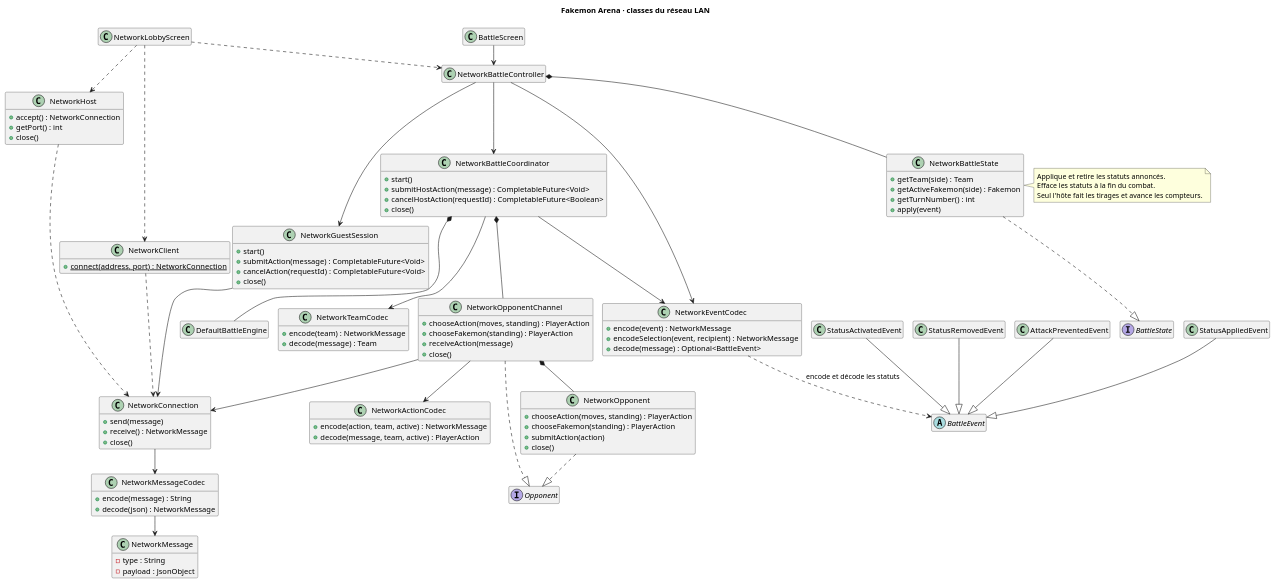
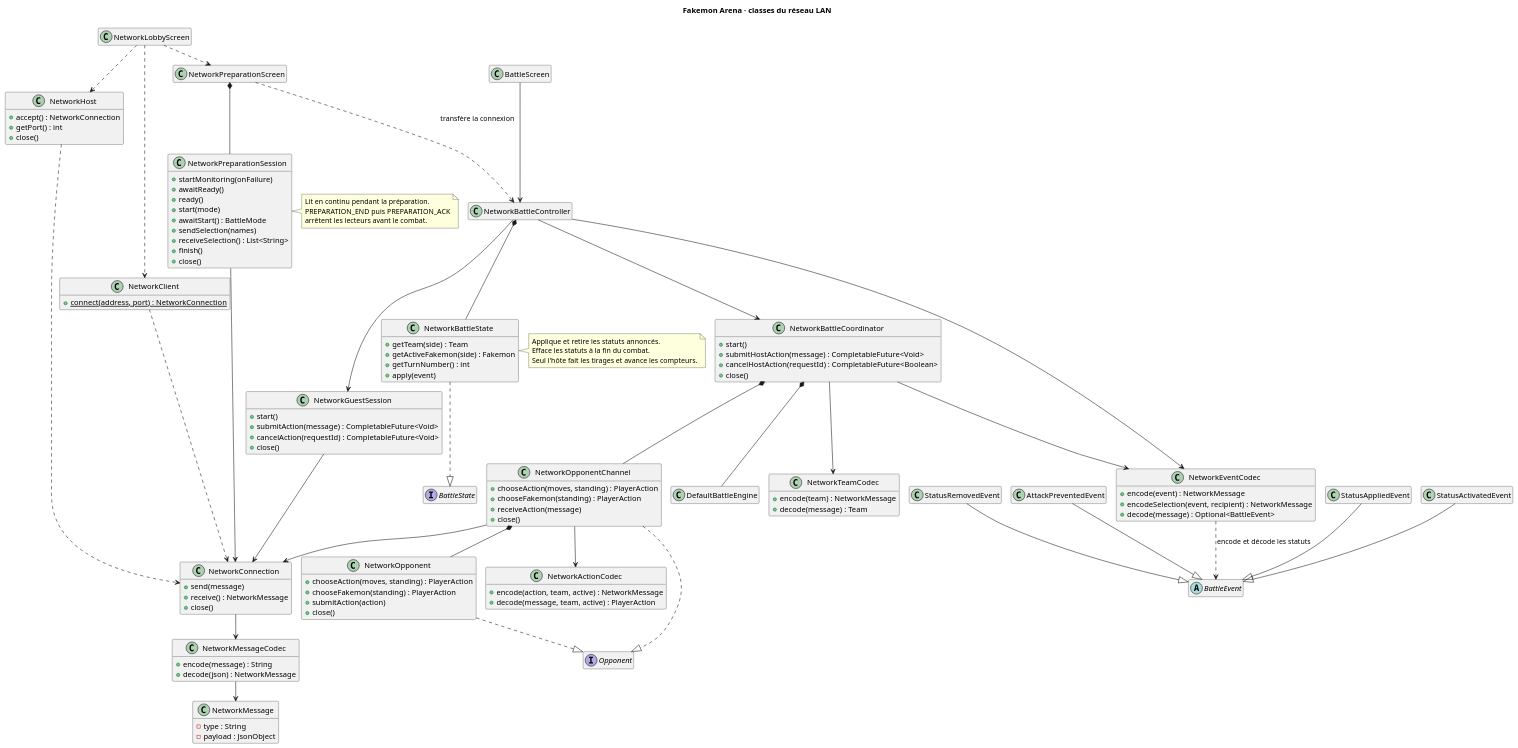
The diagram in docs/uml/classes-reseau.puml (OnerAliCan/fakemon-arena), drawn with PlantUML before and after one commit. The commit also changed 7 other files, not shown here.

First line of the commit message:
fix: détecte les départs pendant la préparation LAN (#35) (#77)

```diff
--- a/docs/uml/classes-reseau.puml
+++ b/docs/uml/classes-reseau.puml
@@ -1,116 +1,136 @@
 @startuml classes-reseau
 !pragma layout smetana
 skinparam dpi 110
 skinparam shadowing false
 skinparam defaultFontName "Segoe UI"
 hide empty members
 title Fakemon Arena · classes du réseau LAN
 interface Opponent
 interface BattleState
 class NetworkMessage {
   - type : String
   - payload : JsonObject
 }
 class NetworkMessageCodec {
   + encode(message) : String
   + decode(json) : NetworkMessage
 }
 class NetworkActionCodec {
   + encode(action, team, active) : NetworkMessage
   + decode(message, team, active) : PlayerAction
 }
 class NetworkEventCodec {
   + encode(event) : NetworkMessage
   + encodeSelection(event, recipient) : NetworkMessage
   + decode(message) : Optional<BattleEvent>
 }
 class NetworkTeamCodec {
   + encode(team) : NetworkMessage
   + decode(message) : Team
 }
 class NetworkConnection {
   + send(message)
   + receive() : NetworkMessage
   + close()
 }
 class NetworkHost {
   + accept() : NetworkConnection
   + getPort() : int
   + close()
 }
 class NetworkClient {
   + {static} connect(address, port) : NetworkConnection
 }
 class NetworkOpponent {
   + chooseAction(moves, standing) : PlayerAction
   + chooseFakemon(standing) : PlayerAction
   + submitAction(action)
   + close()
 }
 class NetworkOpponentChannel {
   + chooseAction(moves, standing) : PlayerAction
   + chooseFakemon(standing) : PlayerAction
   + receiveAction(message)
   + close()
 }
 class NetworkBattleCoordinator {
   + start()
   + submitHostAction(message) : CompletableFuture<Void>
   + cancelHostAction(requestId) : CompletableFuture<Boolean>
   + close()
 }
 class NetworkGuestSession {
   + start()
   + submitAction(message) : CompletableFuture<Void>
   + cancelAction(requestId) : CompletableFuture<Void>
   + close()
 }
+class NetworkPreparationSession {
+  + startMonitoring(onFailure)
+  + awaitReady()
+  + ready()
+  + start(mode)
+  + awaitStart() : BattleMode
+  + sendSelection(names)
+  + receiveSelection() : List<String>
+  + finish()
+  + close()
+}
+class NetworkPreparationScreen
 class NetworkBattleState {
   + getTeam(side) : Team
   + getActiveFakemon(side) : Fakemon
   + getTurnNumber() : int
   + apply(event)
 }
 class NetworkBattleController
 class NetworkLobbyScreen
 class BattleScreen
 class DefaultBattleEngine
 abstract class BattleEvent
 class StatusAppliedEvent
 class StatusActivatedEvent
 class StatusRemovedEvent
 class AttackPreventedEvent
 NetworkConnection --> NetworkMessageCodec
 NetworkMessageCodec --> NetworkMessage
 NetworkHost ..> NetworkConnection
 NetworkClient ..> NetworkConnection
 NetworkOpponent ..|> Opponent
 NetworkOpponentChannel ..|> Opponent
 NetworkBattleState ..|> BattleState
 NetworkOpponentChannel *-- NetworkOpponent
 NetworkOpponentChannel --> NetworkActionCodec
 NetworkOpponentChannel --> NetworkConnection
 NetworkBattleCoordinator *-- DefaultBattleEngine
 NetworkBattleCoordinator *-- NetworkOpponentChannel
 NetworkBattleCoordinator --> NetworkEventCodec
 NetworkBattleCoordinator --> NetworkTeamCodec
 NetworkGuestSession --> NetworkConnection
 NetworkBattleController --> NetworkBattleCoordinator
 NetworkBattleController --> NetworkGuestSession
 NetworkBattleController *-- NetworkBattleState
 NetworkBattleController --> NetworkEventCodec
 BattleScreen --> NetworkBattleController
 NetworkLobbyScreen ..> NetworkHost
 NetworkLobbyScreen ..> NetworkClient
-NetworkLobbyScreen ..> NetworkBattleController
+NetworkLobbyScreen ..> NetworkPreparationScreen
+NetworkPreparationScreen *-- NetworkPreparationSession
+NetworkPreparationScreen ..> NetworkBattleController : transfère la connexion
+NetworkPreparationSession --> NetworkConnection
+note right of NetworkPreparationSession
+  Lit en continu pendant la préparation.
+  PREPARATION_END puis PREPARATION_ACK
+  arrêtent les lecteurs avant le combat.
+end note
 StatusAppliedEvent --|> BattleEvent
 StatusActivatedEvent --|> BattleEvent
 StatusRemovedEvent --|> BattleEvent
 AttackPreventedEvent --|> BattleEvent
 NetworkEventCodec ..> BattleEvent : encode et décode les statuts
 note right of NetworkBattleState
   Applique et retire les statuts annoncés.
   Efface les statuts à la fin du combat.
   Seul l'hôte fait les tirages et avance les compteurs.
 end note
 @enduml
```
